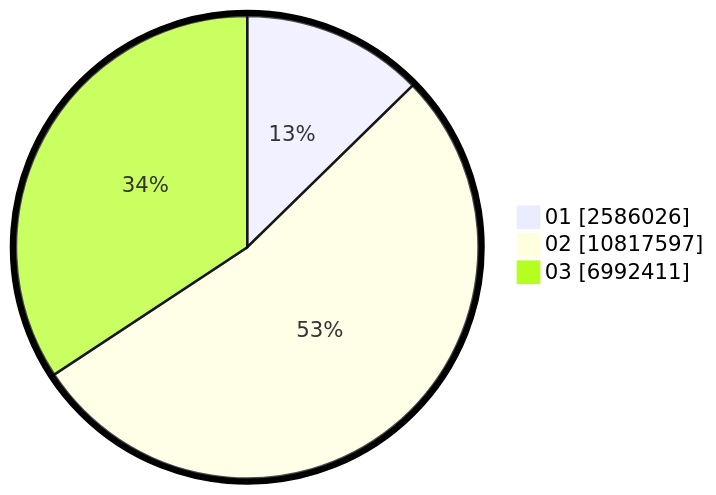
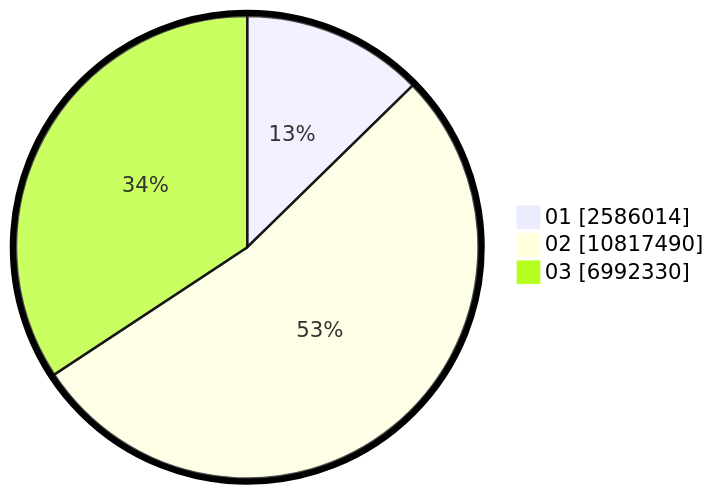
Before and after one commit to gigit-pemilu/pemilu-2024: the second of 2 diagrams in pilpres/hitung-suara/sub/table-wilayah-33.md, drawn with Mermaid. The commit also changed other lines of this file and 4 other files, not shown here.

````diff
--- a/pilpres/hitung-suara/sub/table-wilayah-33.md
+++ b/pilpres/hitung-suara/sub/table-wilayah-33.md
@@ -15,7 +15,7 @@
 ```mermaid
 %%{init: {"pie": {"textPosition": 0.5}, "themeVariables": {"pieOuterStrokeWidth": "5px"}} }%%
 pie showData
-    "01" : 2586026
-    "02" : 10817597
-    "03" : 6992411
+    "01" : 2586014
+    "02" : 10817490
+    "03" : 6992330
 ```
````
